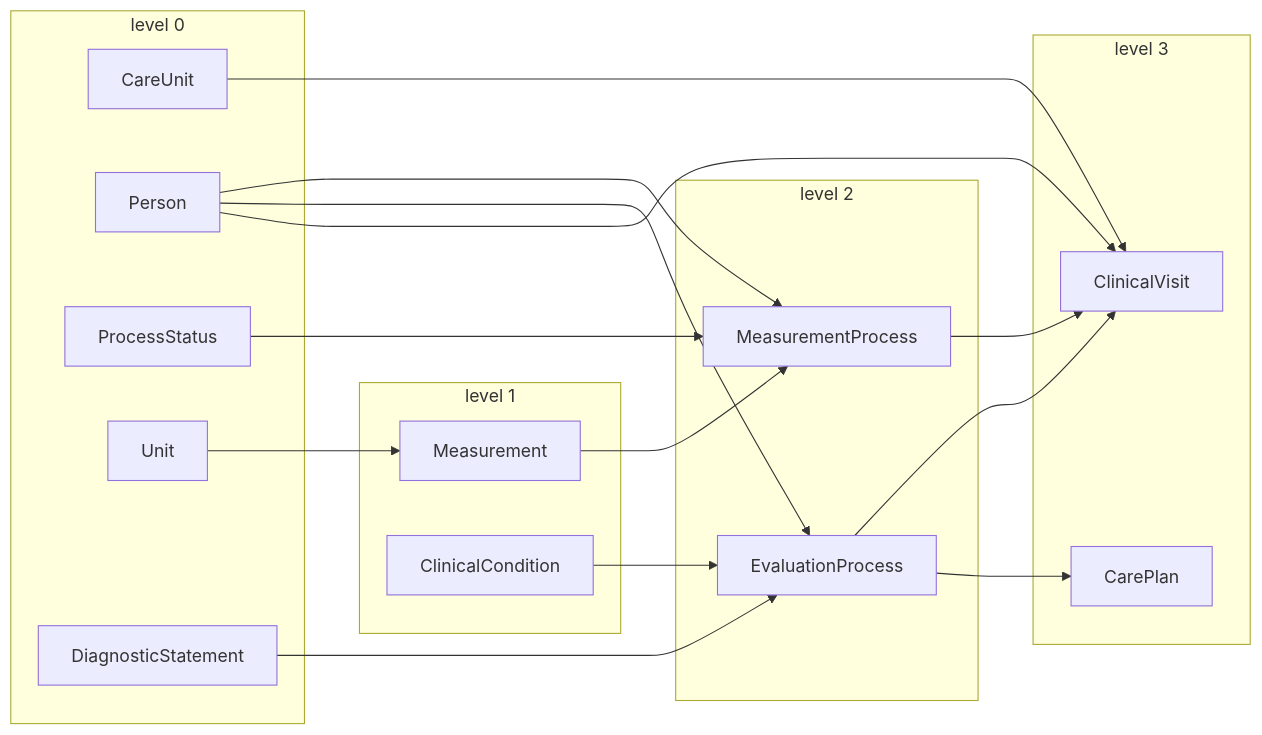
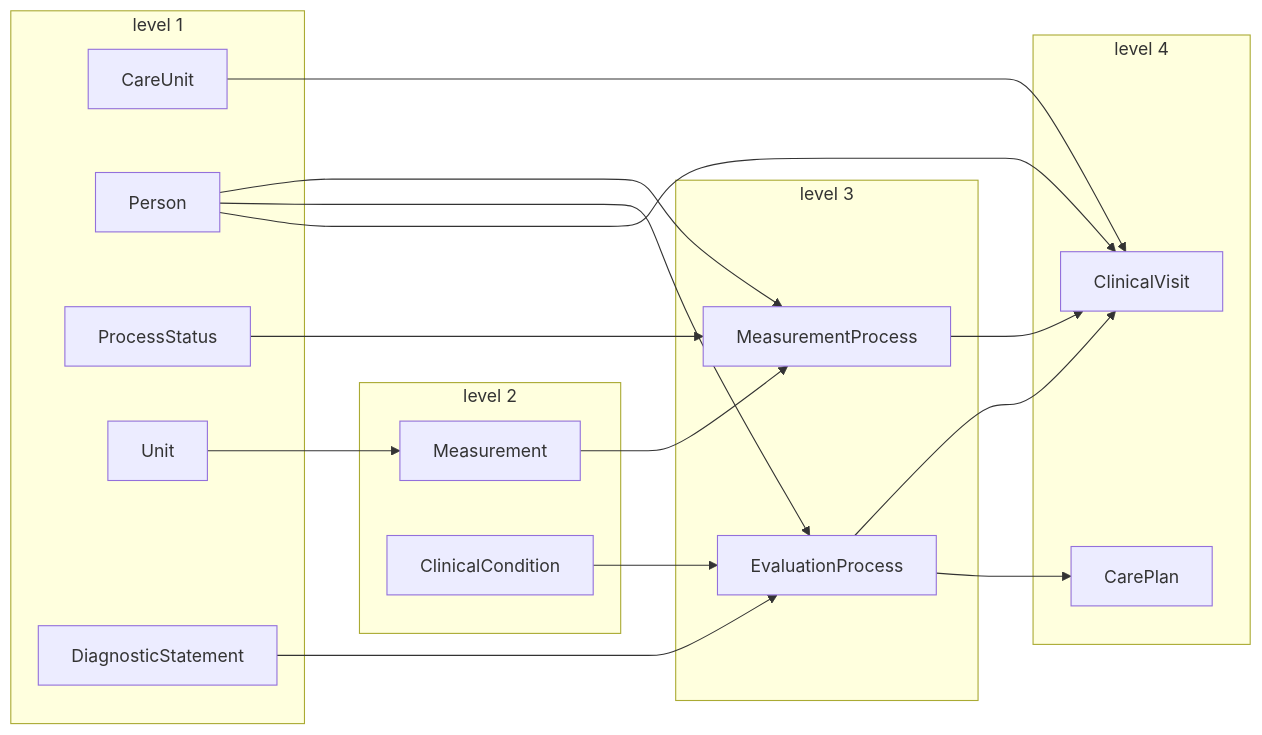
Before and after one commit to ensaremirerol/kgdc: the second of 4 diagrams in README.md, drawn with Mermaid. The commit also changed other lines of this file and 1157 other files, not shown here.

````diff
--- a/README.md
+++ b/README.md
@@ -251,27 +313,27 @@
 ```mermaid
 flowchart LR
-    subgraph L0 [level 0]
+    subgraph L0 [level 1]
         CU[CareUnit] ; P[Person] ; PS[ProcessStatus] ; U[Unit] ; DS[DiagnosticStatement]
     end
-    subgraph L1 [level 1]
+    subgraph L1 [level 2]
         M[Measurement] ; CC[ClinicalCondition]
     end
-    subgraph L2 [level 2]
+    subgraph L2 [level 3]
         MP[MeasurementProcess] ; EP[EvaluationProcess]
     end
-    subgraph L3 [level 3]
+    subgraph L3 [level 4]
         CV[ClinicalVisit] ; CP[CarePlan]
     end
     U --> M
     M --> MP
     P --> MP
     PS --> MP
     DS --> EP
     CC --> EP
     P --> EP
     MP --> CV
     EP --> CV
     P --> CV
     CU --> CV
     EP --> CP
 ```
````
